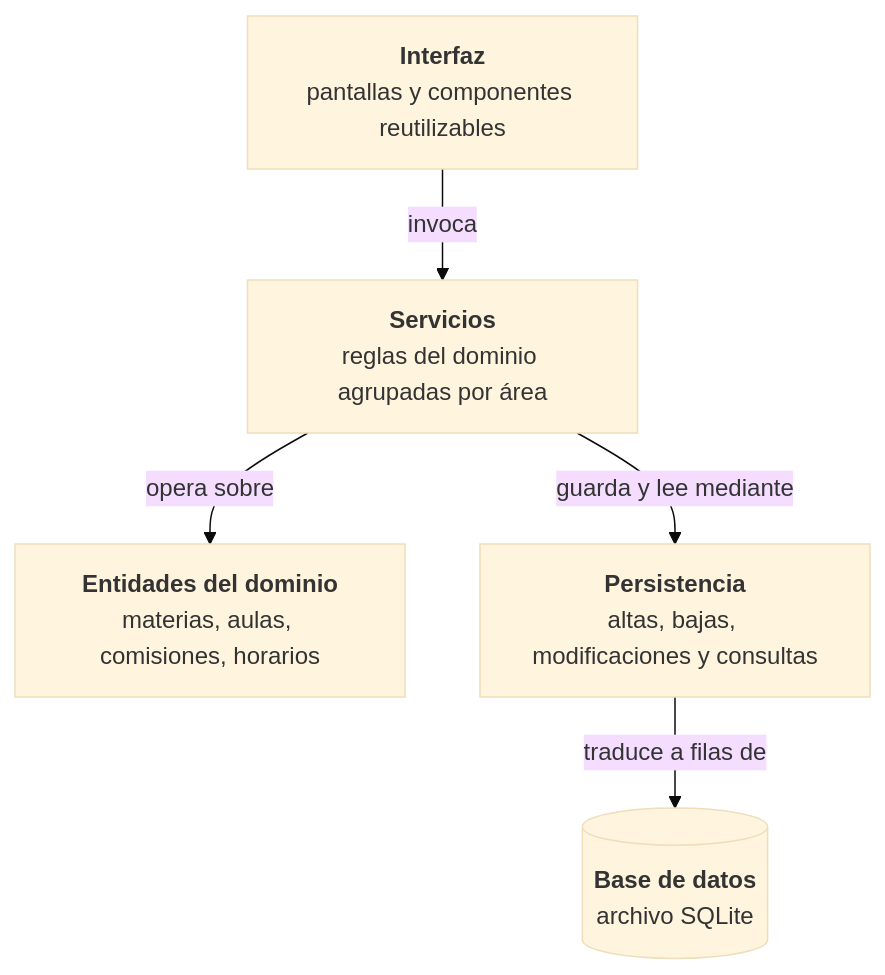
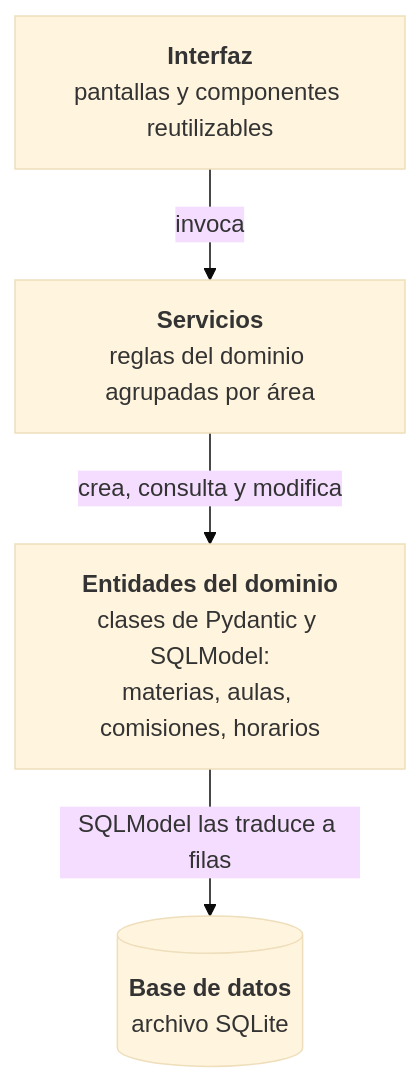
Before and after one commit to l-antonelli/gestor-aulas: the diagram in project/Informe/cap07_arquitectura.md, drawn with Mermaid (base theme). The commit also changed other lines of this file and 8 other files, not shown here.

````diff
--- a/project/Informe/cap07_arquitectura.md
+++ b/project/Informe/cap07_arquitectura.md
@@ -228,13 +227,11 @@
 ```mermaid
 flowchart TD
     UI["<b>Interfaz</b><br/>pantallas y componentes reutilizables"]
     SVC["<b>Servicios</b><br/>reglas del dominio agrupadas por área"]
-    MOD["<b>Entidades del dominio</b><br/>materias, aulas, comisiones, horarios"]
-    PER["<b>Persistencia</b><br/>altas, bajas, modificaciones y consultas"]
+    MOD["<b>Entidades del dominio</b><br/>clases de Pydantic y SQLModel:<br/>materias, aulas, comisiones, horarios"]
     DB[("<b>Base de datos</b><br/>archivo SQLite")]
 
     UI -->|invoca| SVC
-    SVC -->|opera sobre| MOD
-    SVC -->|guarda y lee mediante| PER
-    PER -->|traduce a filas de| DB
+    SVC -->|crea, consulta y modifica| MOD
+    MOD -->|SQLModel las traduce a filas| DB
 ```
````
